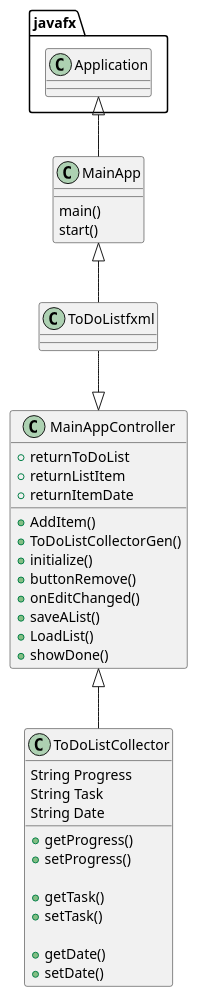
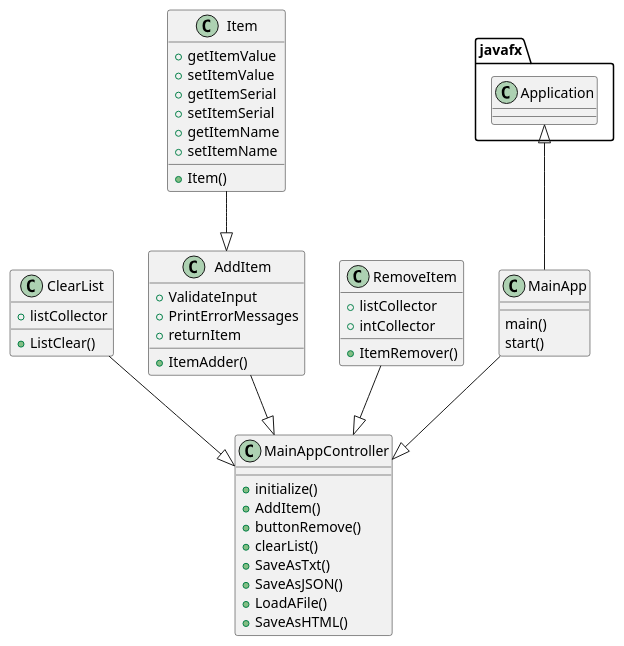
Before and after one commit to Bash259/Braimoh-2292-a5: the diagram in UML/ToDoProjectUML.puml, drawn with PlantUML. The commit also changed 10 other files, not shown here.

```diff
--- a/UML/ToDoProjectUML.puml
+++ b/UML/ToDoProjectUML.puml
@@ -1,48 +1,51 @@
 @startuml
 
 class MainApp{
     main()
     start()
 }
 
-class ToDoListCollector{
-    String Progress
-    String Task
-    String Date
-
-    +getProgress()
-    +setProgress()
-
-    +getTask()
-    +setTask()
-
-    +getDate()
-    +setDate()
-
+class ClearList{
+    +listCollector
+    +ListClear()
+}
+class AddItem{
+    +ItemAdder()
+    +ValidateInput
+    +PrintErrorMessages
+    +returnItem
+}
+class Item{
+    +Item()
+    +getItemValue
+    +setItemValue
+    +getItemSerial
+    +setItemSerial
+    +getItemName
+    +setItemName
+}
+class RemoveItem{
+    +listCollector
+    +intCollector
+    +ItemRemover()
 }
 class MainAppController{
-    +returnToDoList
-    +returnListItem
-    +returnItemDate
-
+    +initialize()
     +AddItem()
-    +ToDoListCollectorGen()
-    +initialize()
     +buttonRemove()
-    +onEditChanged()
-    +saveAList()
-    +LoadList()
-    +showDone()
-
+    +clearList()
+    +SaveAsTxt()
+    +SaveAsJSON()
+    +LoadAFile()
+    +SaveAsHTML()
 }
-
 javafx.Application <|-- MainApp
 
-MainApp <|-- ToDoListfxml
-ToDoListfxml --|> MainAppController
-
-MainAppController <|-- ToDoListCollector
-
+MainApp --|> MainAppController
+AddItem --|> MainAppController
+Item --|> AddItem
+ClearList --|> MainAppController
+RemoveItem --|> MainAppController
 
 
 @enduml
```
